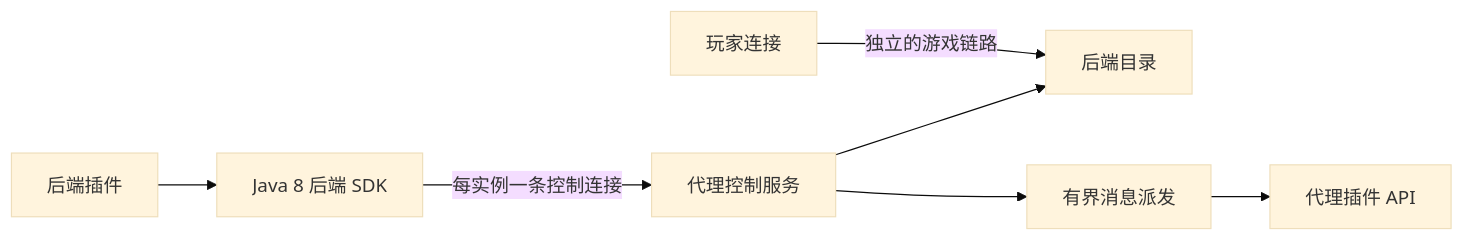
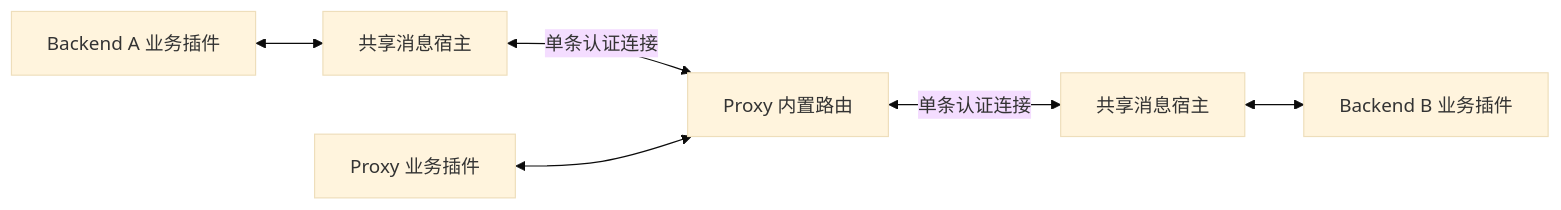
One commit to layue13/MoonBridge changed the diagram in docs/backend-channel-design.md. Above: the diagram before and after it, drawn with Mermaid (base theme). The commit also changed other lines of this file and 61 other files, not shown here.

````diff
--- a/docs/backend-channel-design.md
+++ b/docs/backend-channel-design.md
@@ -7,9 +7,8 @@
 ```mermaid
 flowchart LR
-    BP[后端插件] --> SDK[Java 8 后端 SDK]
-    SDK -->|每实例一条控制连接| C[代理控制服务]
-    C --> R[后端目录]
-    C --> D[有界消息派发]
-    D --> PP[代理插件 API]
-    P[玩家连接] -->|独立的游戏链路| R
+    A[Backend A 业务插件] <--> HA[共享消息宿主]
+    HA <-->|单条认证连接| R[Proxy 内置路由]
+    P[Proxy 业务插件] <--> R
+    R <-->|单条认证连接| HB[共享消息宿主]
+    HB <--> B[Backend B 业务插件]
 ```
````
